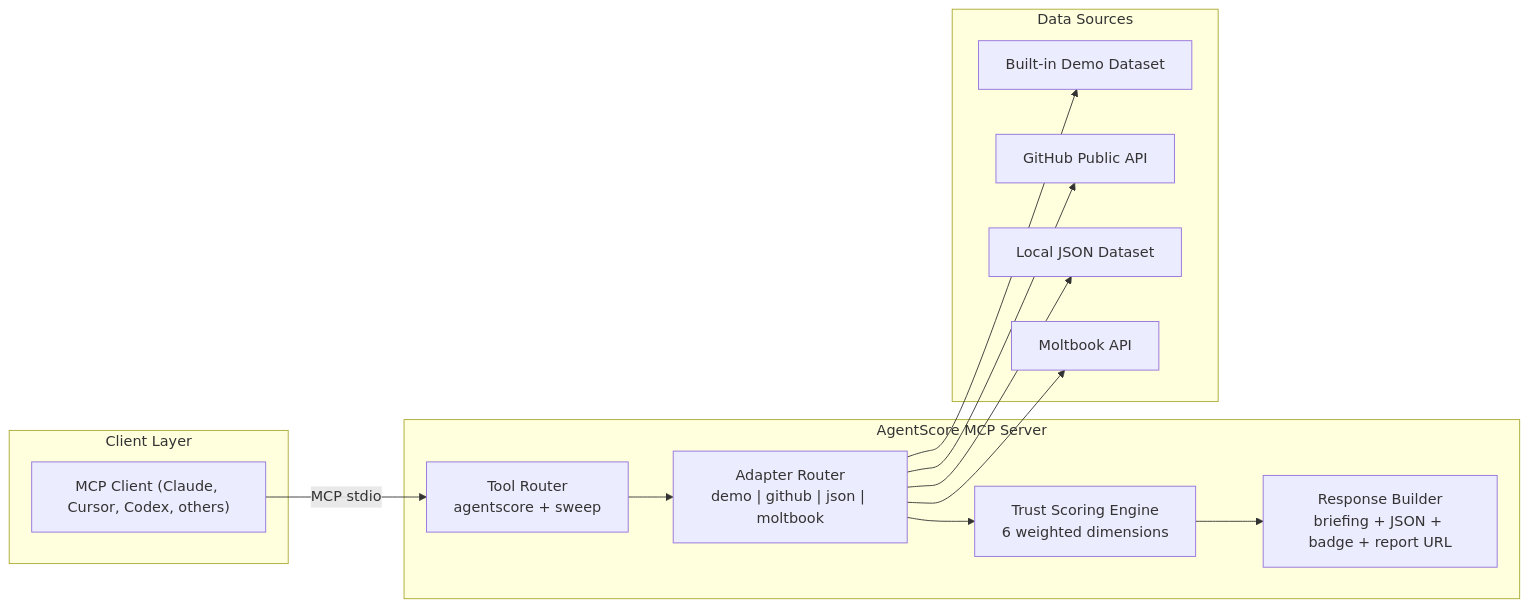
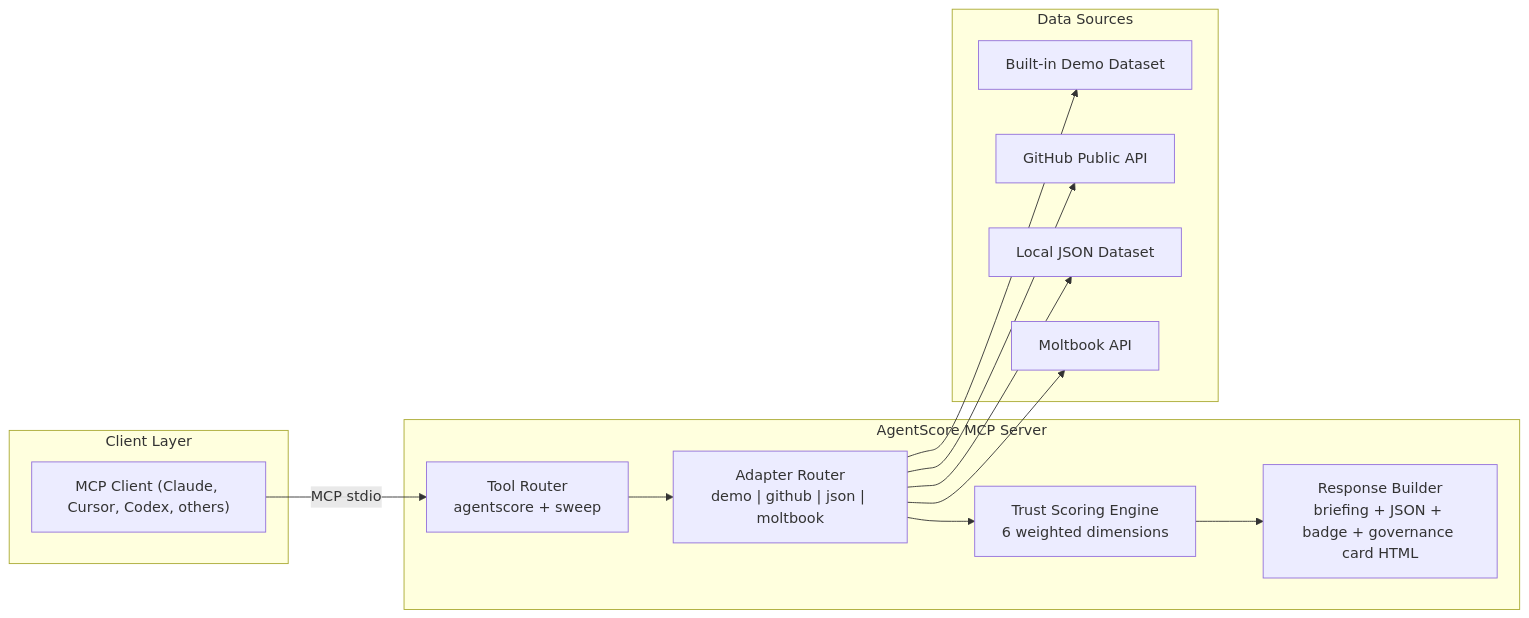
Before and after one commit to tmishra-sp/agentscore-mcp: the diagram in README.md, drawn with Mermaid. The commit also changed other lines of this file and 11 other files, not shown here.

````diff
--- a/README.md
+++ b/README.md
@@ -525,29 +523,29 @@
 ```mermaid
 flowchart LR
   subgraph CLIENT["Client Layer"]
     A["MCP Client (Claude, Cursor, Codex, others)"]
   end
 
   subgraph SERVER["AgentScore MCP Server"]
     B["Tool Router<br/>agentscore + sweep"]
     C["Adapter Router<br/>demo | github | json | moltbook"]
     D["Trust Scoring Engine<br/>6 weighted dimensions"]
-    E["Response Builder<br/>briefing + JSON + badge + report URL"]
+    E["Response Builder<br/>briefing + JSON + badge + governance card HTML"]
   end
 
   subgraph DATA["Data Sources"]
     F["Built-in Demo Dataset"]
     G["GitHub Public API"]
     H["Local JSON Dataset"]
     I["Moltbook API"]
   end
 
   A -->|"MCP stdio"| B
   B --> C
   C --> D
   D --> E
   C --> F
   C --> G
   C --> H
   C --> I
 ```
````
